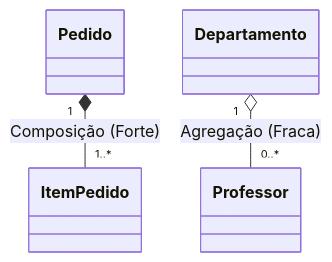
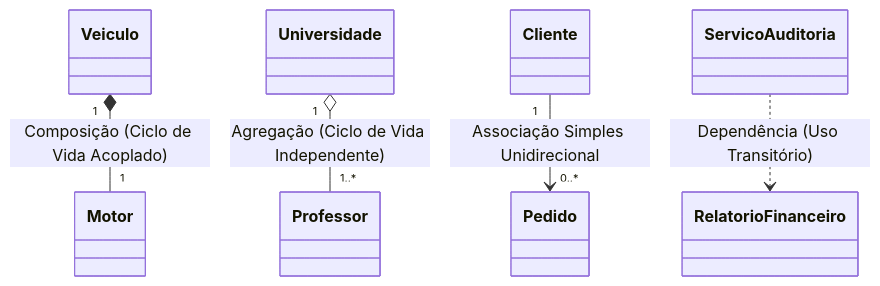
Before and after one commit to murilolol/unifef: diagram 18 of 32 in 4º Semestre/[Prof. Wesley Soares] Engenharia de Software II/Resumos-IA/Simulados-Comentados.md, drawn with Mermaid. The commit also changed other lines of this file and 18 other files, not shown here.

````diff
--- a/4º Semestre/[Prof. Wesley Soares] Engenharia de Software II/Resumos-IA/Simulados-Comentados.md
+++ b/4º Semestre/[Prof. Wesley Soares] Engenharia de Software II/Resumos-IA/Simulados-Comentados.md
@@ -722,10 +846,16 @@
 ```mermaid
 classDiagram
-    class Pedido
-    class ItemPedido
-    class Departamento
-    class Professor
+ class Veiculo
+ class Motor
+ class Universidade
+ class Professor
+ class Cliente
+ class Pedido
+ class RelatorioFinanceiro
+ class ServicoAuditoria
 
-    Pedido "1" *-- "1..*" ItemPedido : Composição (Forte)
-    Departamento "1" o-- "0..*" Professor : Agregação (Fraca)
+ Veiculo "1" *-- "1" Motor : Composição (Ciclo de Vida Acoplado)
+ Universidade "1" o-- "1..*" Professor : Agregação (Ciclo de Vida Independente)
+ Cliente "1" --> "0..*" Pedido : Associação Simples Unidirecional
+ ServicoAuditoria ..> RelatorioFinanceiro : Dependência (Uso Transitório)
 ```
````
